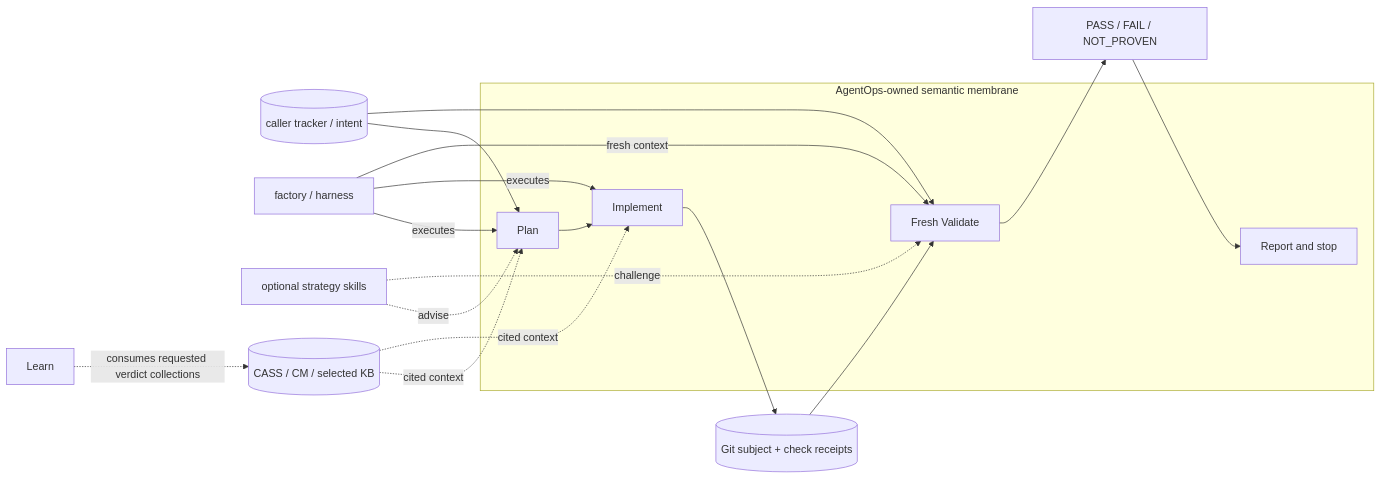
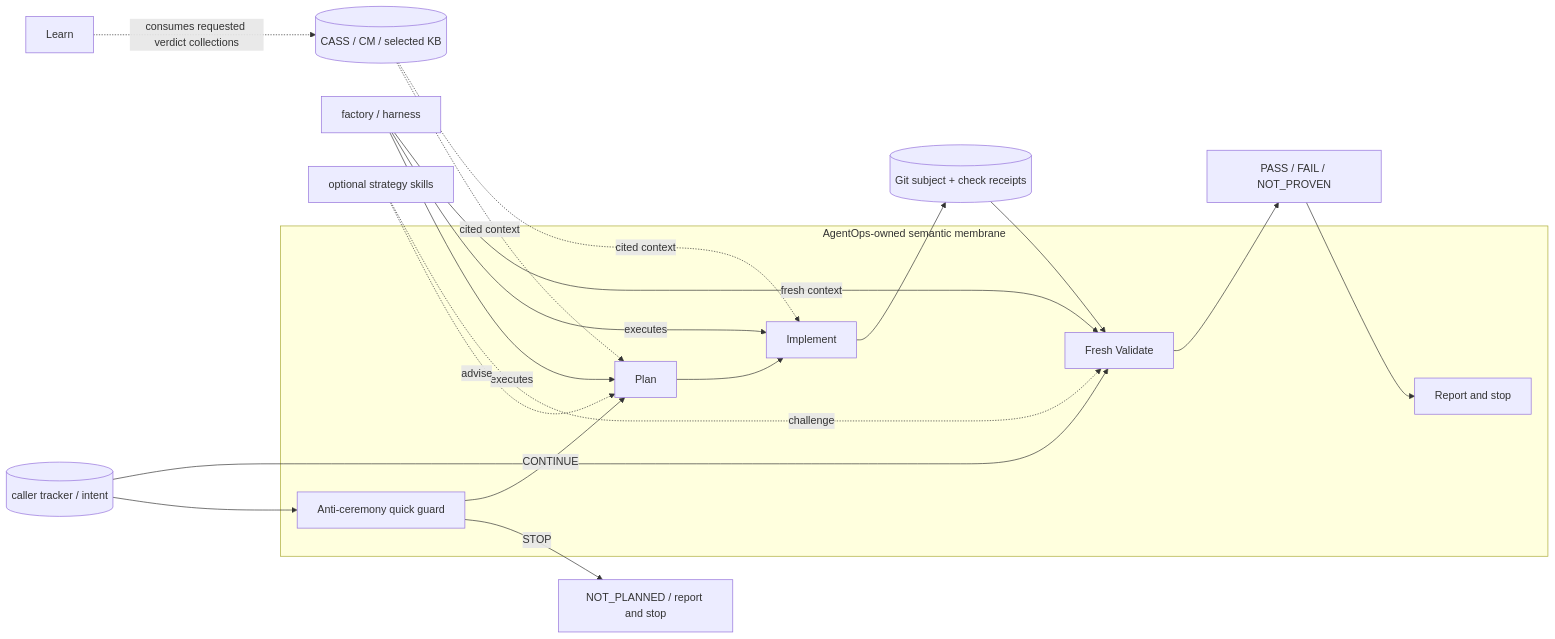
The third of 4 diagrams in docs/reference/skill-system-evolution.md (boshu2/agentops), drawn with Mermaid before and after one commit. The commit also changed other lines of this file and 43 other files, not shown here.

First line of the commit message:
feat(skills): add anti-ceremony guard to RPI (#1064)

````diff
--- a/docs/reference/skill-system-evolution.md
+++ b/docs/reference/skill-system-evolution.md
@@ -312,26 +316,29 @@
 ```mermaid
 flowchart LR
-  I[(caller tracker / intent)] --> P[Plan]
+  I[(caller tracker / intent)] --> A[Anti-ceremony quick guard]
+  A -->|STOP| N[NOT_PLANNED / report and stop]
+  A -->|CONTINUE| P[Plan]
   P --> M[Implement]
   M --> C[(Git subject + check receipts)]
   I --> V[Fresh Validate]
   C --> V
   V --> O[PASS / FAIL / NOT_PROVEN]
   O --> R[Report and stop]
 
   F[factory / harness] -->|executes| P
   F -->|executes| M
   F -->|fresh context| V
   S[optional strategy skills] -. advise .-> P
   S -. challenge .-> V
   K[(CASS / CM / selected KB)] -. cited context .-> P
   K -. cited context .-> M
   L[Learn] -. consumes requested verdict collections .-> K
 
   subgraph "AgentOps-owned semantic membrane"
+    A
     P
     M
     V
     R
   end
 ```
````
